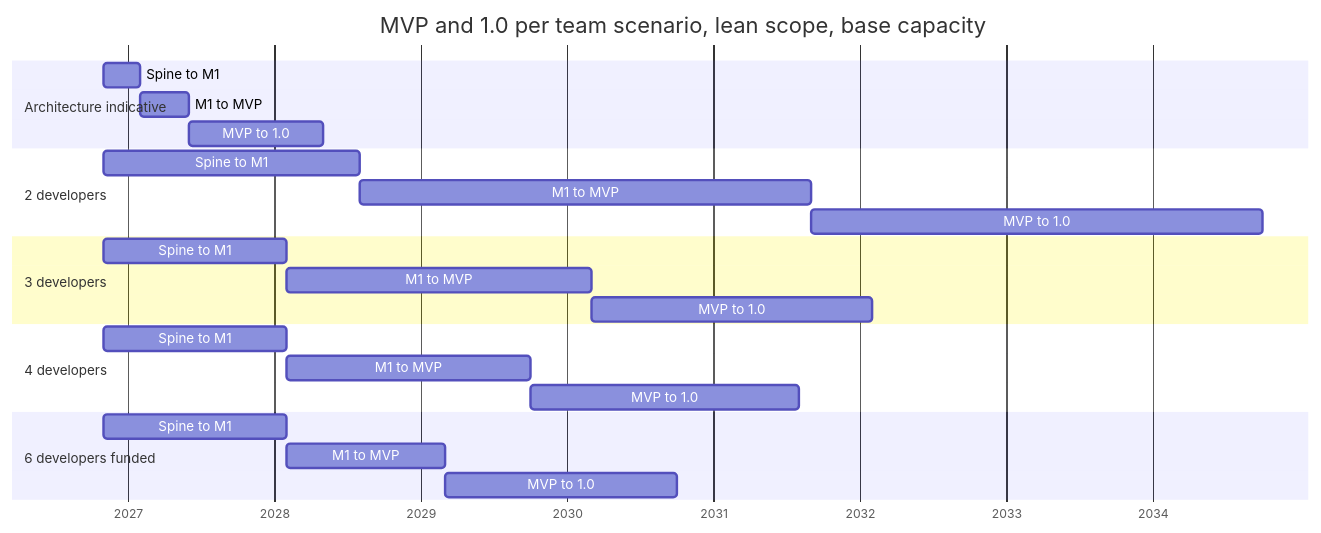
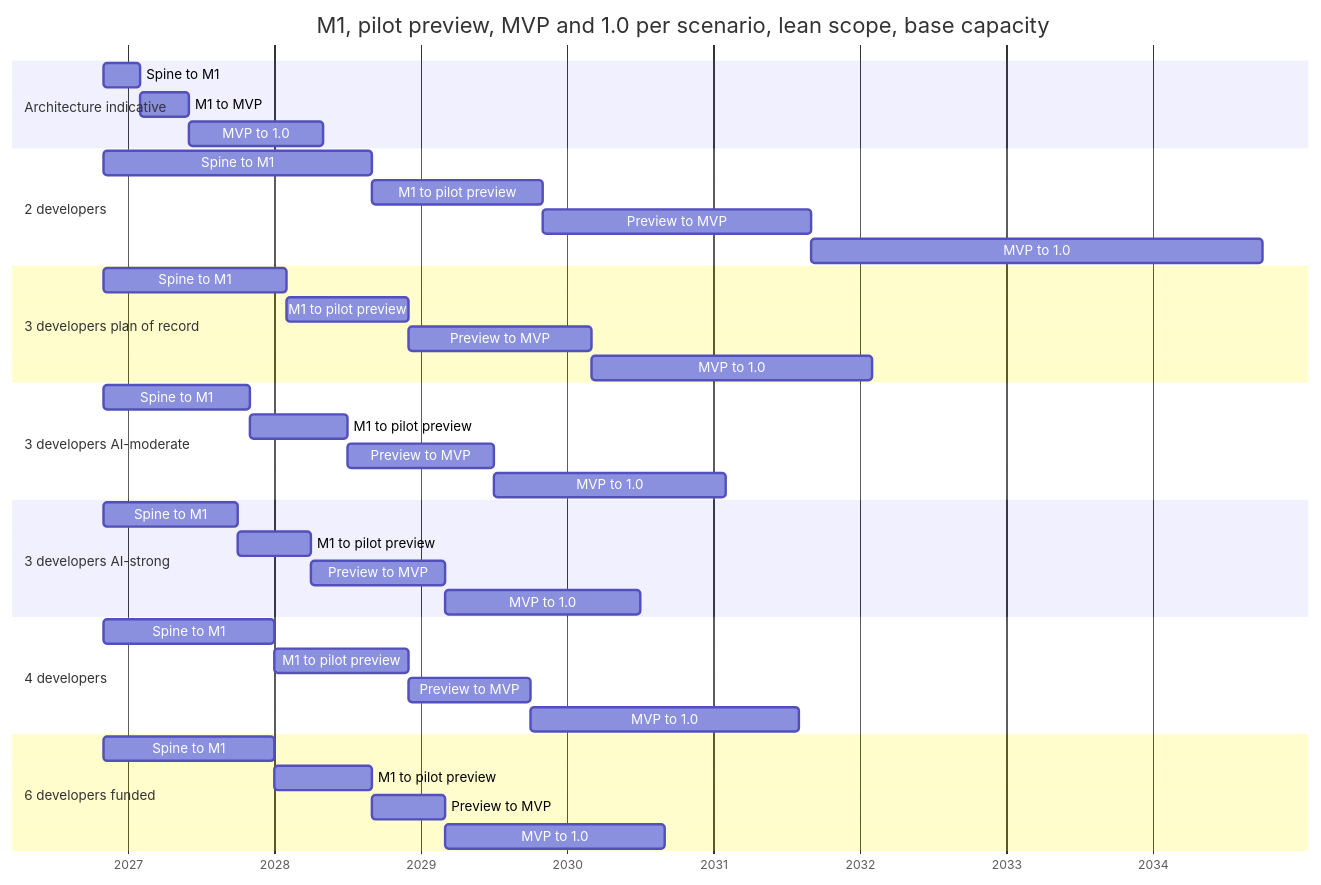
Before and after one commit to Ironkode787/ElektraWatt: the first of 3 diagrams in docs/plan/01-global-plan.md, drawn with Mermaid. The commit also changed other lines of this file and 44 other files, not shown here.

````diff
--- a/docs/plan/01-global-plan.md
+++ b/docs/plan/01-global-plan.md
@@ -267,26 +326,40 @@
 ```mermaid
 gantt
-  title MVP and 1.0 per team scenario, lean scope, base capacity
+  title M1, pilot preview, MVP and 1.0 per scenario, lean scope, base capacity
   dateFormat YYYY-MM-DD
   axisFormat %Y
   section Architecture indicative
   Spine to M1         :i1, 2026-11-01, 2027-02-01
   M1 to MVP           :i2, 2027-02-01, 2027-06-01
   MVP to 1.0          :i3, 2027-06-01, 2028-05-01
   section 2 developers
-  Spine to M1         :a1, 2026-11-01, 2028-08-01
-  M1 to MVP           :a2, 2028-08-01, 2031-09-01
-  MVP to 1.0          :a3, 2031-09-01, 2034-10-01
-  section 3 developers
-  Spine to M1         :b1, 2026-11-01, 2028-02-01
-  M1 to MVP           :b2, 2028-02-01, 2030-03-01
-  MVP to 1.0          :b3, 2030-03-01, 2032-02-01
+  Spine to M1         :s00, 2026-11-01, 2028-09-01
+  M1 to pilot preview :s01, 2028-09-01, 2029-11-01
+  Preview to MVP      :s02, 2029-11-01, 2031-09-01
+  MVP to 1.0          :s03, 2031-09-01, 2034-10-01
+  section 3 developers plan of record
+  Spine to M1         :s10, 2026-11-01, 2028-02-01
+  M1 to pilot preview :s11, 2028-02-01, 2028-12-01
+  Preview to MVP      :s12, 2028-12-01, 2030-03-01
+  MVP to 1.0          :s13, 2030-03-01, 2032-02-01
+  section 3 developers AI-moderate
+  Spine to M1         :s20, 2026-11-01, 2027-11-01
+  M1 to pilot preview :s21, 2027-11-01, 2028-07-01
+  Preview to MVP      :s22, 2028-07-01, 2029-07-01
+  MVP to 1.0          :s23, 2029-07-01, 2031-02-01
+  section 3 developers AI-strong
+  Spine to M1         :s30, 2026-11-01, 2027-10-01
+  M1 to pilot preview :s31, 2027-10-01, 2028-04-01
+  Preview to MVP      :s32, 2028-04-01, 2029-03-01
+  MVP to 1.0          :s33, 2029-03-01, 2030-07-01
   section 4 developers
-  Spine to M1         :c1, 2026-11-01, 2028-02-01
-  M1 to MVP           :c2, 2028-02-01, 2029-10-01
-  MVP to 1.0          :c3, 2029-10-01, 2031-08-01
+  Spine to M1         :s40, 2026-11-01, 2028-01-01
+  M1 to pilot preview :s41, 2028-01-01, 2028-12-01
+  Preview to MVP      :s42, 2028-12-01, 2029-10-01
+  MVP to 1.0          :s43, 2029-10-01, 2031-08-01
   section 6 developers funded
-  Spine to M1         :d1, 2026-11-01, 2028-02-01
-  M1 to MVP           :d2, 2028-02-01, 2029-03-01
-  MVP to 1.0          :d3, 2029-03-01, 2030-10-01
+  Spine to M1         :s50, 2026-11-01, 2028-01-01
+  M1 to pilot preview :s51, 2028-01-01, 2028-09-01
+  Preview to MVP      :s52, 2028-09-01, 2029-03-01
+  MVP to 1.0          :s53, 2029-03-01, 2030-09-01
 ```
````
